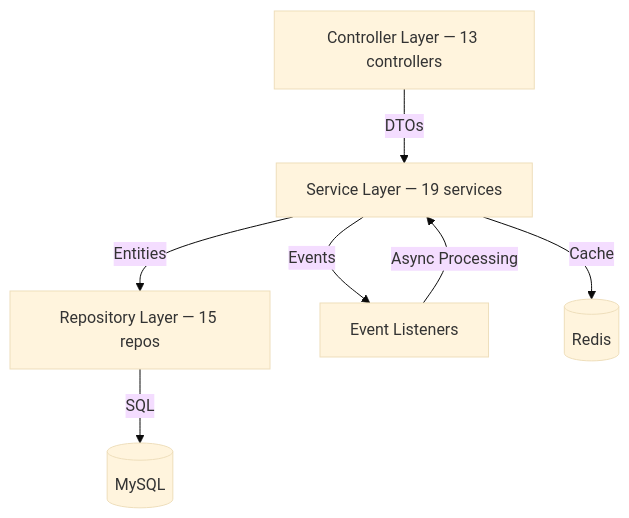
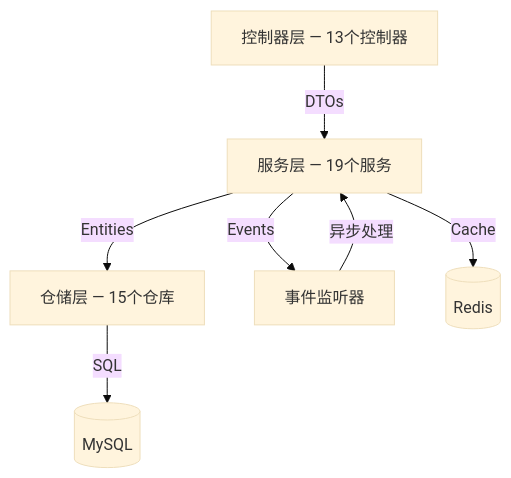
Before and after one commit to Jayden23018/blind-run-backend: the second of 7 diagrams in docs/ARCHITECTURE.md, drawn with Mermaid (base theme). The commit also changed other lines of this file and 122 other files, not shown here.

````diff
--- a/docs/ARCHITECTURE.md
+++ b/docs/ARCHITECTURE.md
@@ -72,9 +72,9 @@
 ```mermaid
 graph TD
-    A[Controller Layer — 13 controllers] -->|DTOs| B[Service Layer — 19 services]
-    B -->|Entities| C[Repository Layer — 15 repos]
+    A[控制器层 — 13个控制器] -->|DTOs| B[服务层 — 19个服务]
+    B -->|Entities| C[仓储层 — 15个仓库]
     C -->|SQL| D[(MySQL)]
-    B -->|Events| E[Event Listeners]
+    B -->|Events| E[事件监听器]
     B -->|Cache| F[(Redis)]
-    E -->|Async Processing| B
+    E -->|异步处理| B
 ```
````
